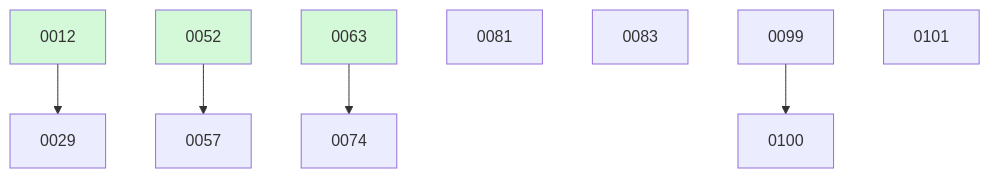
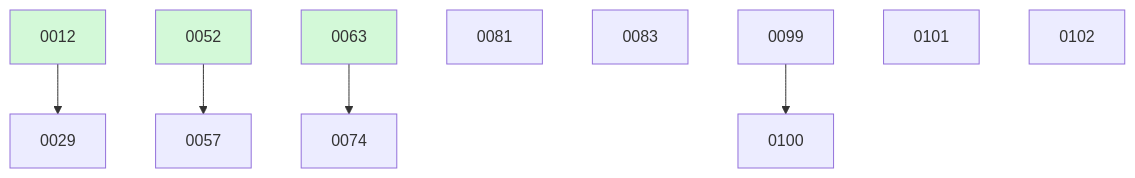
The diagram in docs/changes/BOARD.md (ethanhinson/fuse), drawn with Mermaid before and after one commit. The commit also changed other lines of this file and 1 other file, not shown here.

````diff
--- a/docs/changes/BOARD.md
+++ b/docs/changes/BOARD.md
@@ -33,15 +34,16 @@
 ```mermaid
 graph TD
   0012 --> 0029
   0052 --> 0057
   0063 --> 0074
   0081
   0083
   0099
   0099 --> 0100
   0101
+  0102
   0012:::done
   0052:::done
   0063:::done
   classDef done fill:#d3f9d8;
 ```
````
